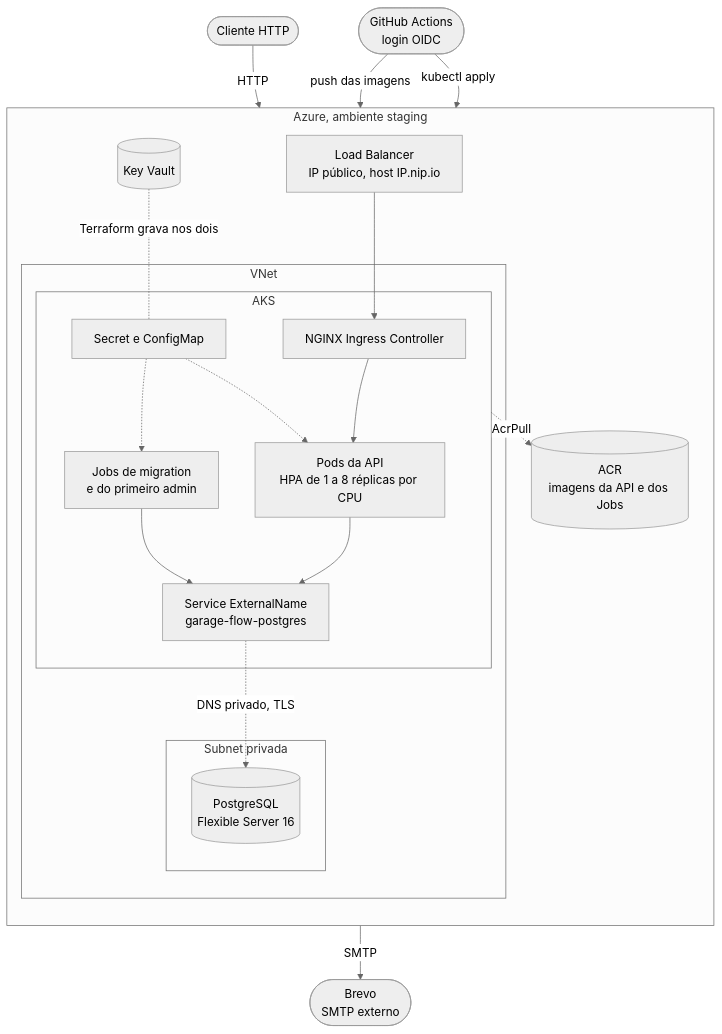
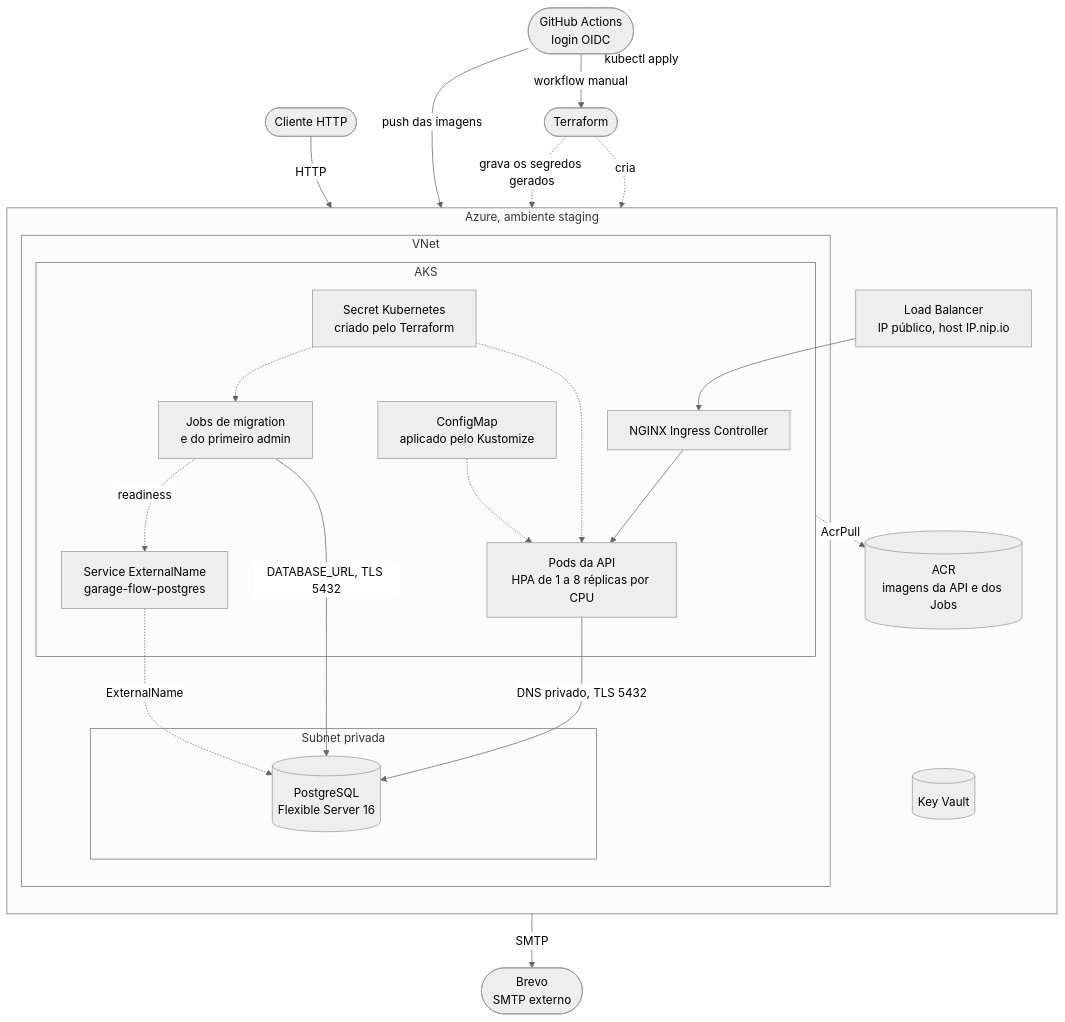
Before and after one commit to garage-flow-api/garage-flow-api: the second of 3 diagrams in README.md, drawn with Mermaid. The commit also changed 1 other file, not shown here.

Commit message:
docs: update infrastructure diagrams and details in README files

````diff
--- a/README.md
+++ b/README.md
@@ -122,41 +122,47 @@
 ```mermaid
 %%{init: {'theme': 'neutral'}}%%
 flowchart TB
     user(["Cliente HTTP"])
     gha(["GitHub Actions<br/>login OIDC"])
+    tf(["Terraform"])
     mail(["Brevo<br/>SMTP externo"])
 
     subgraph azure["Azure, ambiente staging"]
         direction TB
         acr[("ACR<br/>imagens da API e dos Jobs")]
         kv[("Key Vault")]
         lb["Load Balancer<br/>IP público, host IP.nip.io"]
 
         subgraph vnet["VNet"]
             subgraph aks["AKS"]
                 ingress["NGINX Ingress Controller"]
                 api["Pods da API<br/>HPA de 1 a 8 réplicas por CPU"]
                 jobs["Jobs de migration<br/>e do primeiro admin"]
-                config["Secret e ConfigMap"]
+                secret["Secret Kubernetes<br/>criado pelo Terraform"]
+                config["ConfigMap<br/>aplicado pelo Kustomize"]
                 alias["Service ExternalName<br/>garage-flow-postgres"]
             end
             subgraph snetpg["Subnet privada"]
                 pg[("PostgreSQL<br/>Flexible Server 16")]
             end
         end
     end
 
     user -- "HTTP" --> lb
     lb --> ingress
     ingress --> api
-    api --> alias
-    jobs --> alias
-    alias -. "DNS privado, TLS" .-> pg
+    api -- "DNS privado, TLS 5432" --> pg
+    jobs -- "DATABASE_URL, TLS 5432" --> pg
+    jobs -. "readiness" .-> alias
+    alias -. "ExternalName" .-> pg
+    secret -.-> api
+    secret -.-> jobs
     config -.-> api
-    config -.-> jobs
     aks -. "AcrPull" .-> acr
     gha -- "push das imagens" --> acr
     gha -- "kubectl apply" --> aks
-    kv -. "Terraform grava nos dois" .- config
+    gha -- "workflow manual" --> tf
+    tf -. "grava os segredos gerados" .-> kv
+    tf -. "cria" .-> secret
     api -- "SMTP" --> mail
 ```
````
